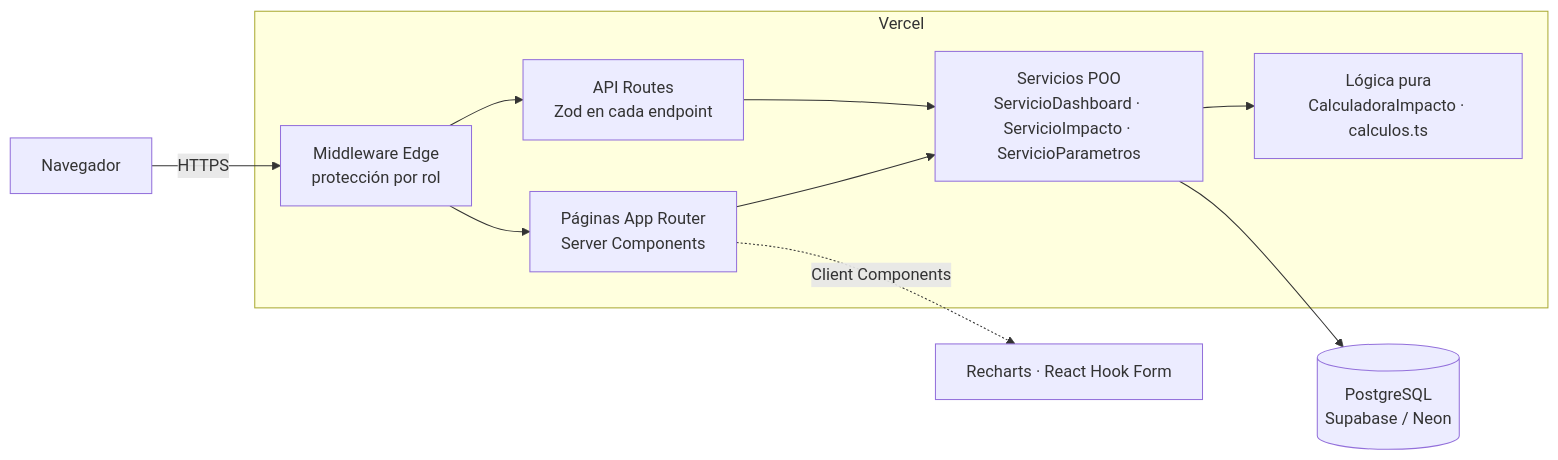
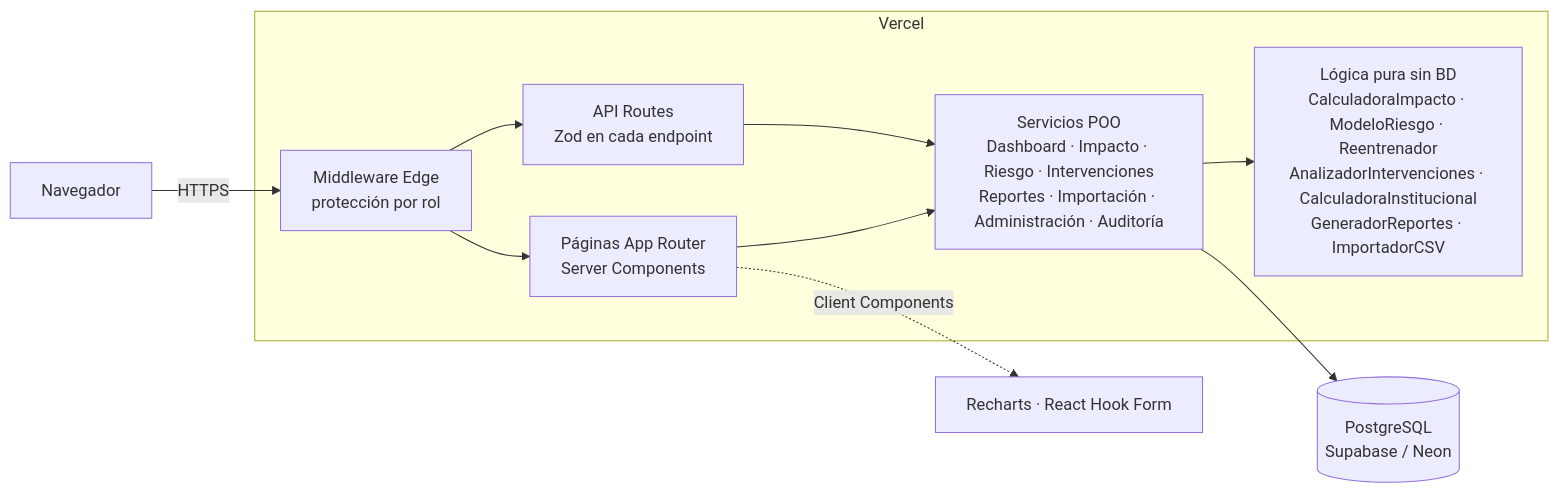
One commit to Jhoan-Pd/DesercionUCC changed the first of 2 diagrams in README.md. Above: the diagram before and after it, drawn with Mermaid. The commit also changed other lines of this file, not shown here.

Commit message:
docs: README de la Fase 3 (intervenciones, impacto institucional, reportes, importación, administración, seguridad, pruebas e historial de Git)

````diff
--- a/README.md
+++ b/README.md
@@ -44,18 +44,18 @@
 ```mermaid
 flowchart LR
     U[Navegador] -->|HTTPS| MW[Middleware Edge<br/>protección por rol]
     MW --> P[Páginas App Router<br/>Server Components]
     MW --> API[API Routes<br/>Zod en cada endpoint]
-    P --> S[Servicios POO<br/>ServicioDashboard · ServicioImpacto · ServicioParametros]
+    P --> S[Servicios POO<br/>Dashboard · Impacto · Riesgo · Intervenciones<br/>Reportes · Importación · Administración · Auditoría]
     API --> S
-    S --> C[Lógica pura<br/>CalculadoraImpacto · calculos.ts]
+    S --> C[Lógica pura sin BD<br/>CalculadoraImpacto · ModeloRiesgo · Reentrenador<br/>AnalizadorIntervenciones · CalculadoraInstitucional<br/>GeneradorReportes · ImportadorCSV]
     S --> DB[(PostgreSQL<br/>Supabase / Neon)]
     P -. "Client Components" .-> R[Recharts · React Hook Form]
     subgraph Vercel
       MW
       P
       API
       S
       C
     end
 ```
````
